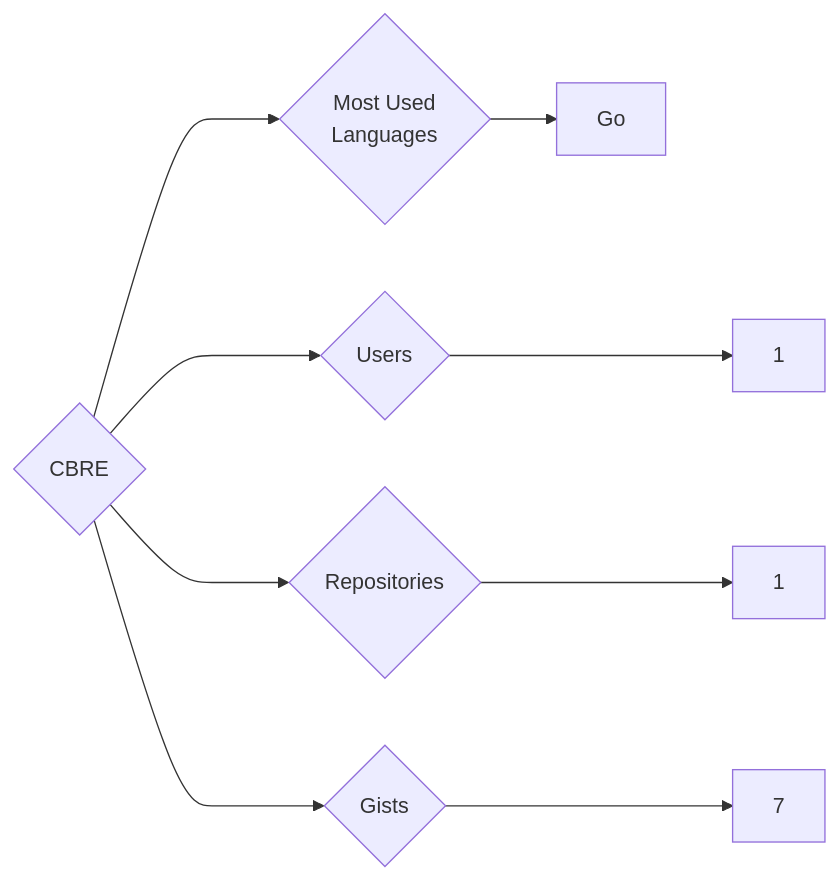
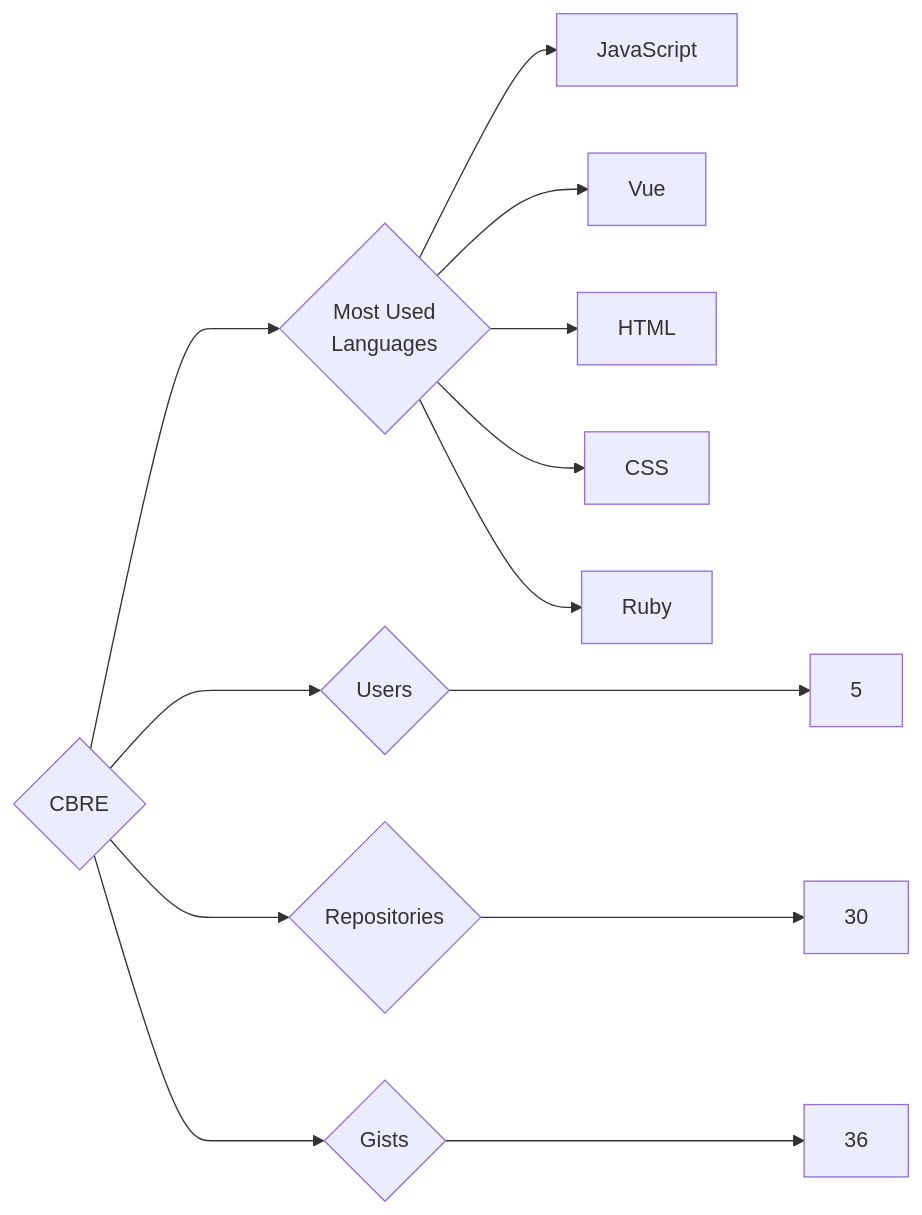
The diagram in targets/CBRE/README.md (trickest/insiders), drawn with Mermaid before and after one commit. The commit also changed 857 other files, not shown here.

````diff
--- a/targets/CBRE/README.md
+++ b/targets/CBRE/README.md
@@ -3,9 +3,13 @@
 ```mermaid
 graph LR
 COMPANY_NAME{CBRE}
-COMPANY_NAME ---> U{Users} ---> UN[1]
-COMPANY_NAME ---> R{Repositories} ---> RN[1]
-COMPANY_NAME ---> G{Gists} ---> GN[7]
+COMPANY_NAME ---> U{Users} ---> UN[5]
+COMPANY_NAME ---> R{Repositories} ---> RN[30]
+COMPANY_NAME ---> G{Gists} ---> GN[36]
 COMPANY_NAME ---> ML{Most Used<br>Languages}
-ML --> Go[Go]
+ML --> JavaScript[JavaScript]
+ML --> Vue[Vue]
+ML --> HTML[HTML]
+ML --> CSS[CSS]
+ML --> Ruby[Ruby]
 ```
````
